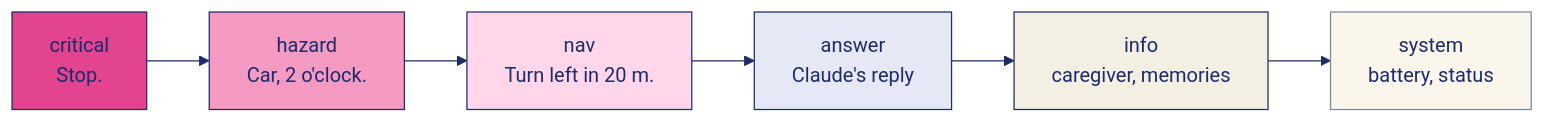
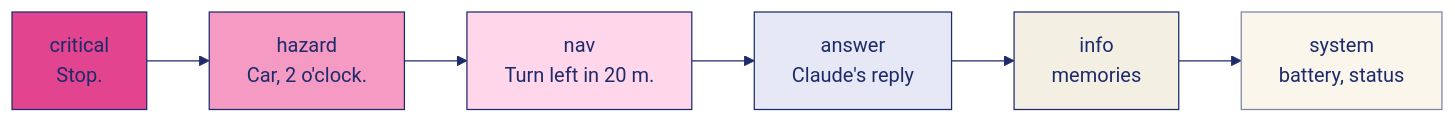
Before and after one commit to KingArthur207/kite: the fourth of 4 diagrams in README.md, drawn with Mermaid. The commit also changed other lines of this file and 18 other files, not shown here.

````diff
--- a/README.md
+++ b/README.md
@@ -221,12 +221,12 @@
 ```mermaid
 %%{init: {'theme':'base','themeVariables':{'primaryColor':'#FAF6EC','primaryTextColor':'#1D2B6B','primaryBorderColor':'#1D2B6B','lineColor':'#1D2B6B','secondaryColor':'#FFD6EA','tertiaryColor':'#F4EFE3','clusterBkg':'#FBF8F1','clusterBorder':'#1D2B6B','edgeLabelBackground':'#FFD6EA','actorBkg':'#FAF6EC','actorBorder':'#1D2B6B','actorTextColor':'#1D2B6B','signalColor':'#1D2B6B','signalTextColor':'#1D2B6B','noteBkgColor':'#FFD6EA','noteBorderColor':'#E2448F','noteTextColor':'#1D2B6B','labelBoxBkgColor':'#FFD6EA','labelBoxBorderColor':'#E2448F','sequenceNumberColor':'#FFFFFF','activationBkgColor':'#FFD6EA'}}}%%
 flowchart LR
   classDef p fill:#FAF6EC,stroke:#1D2B6B,color:#1D2B6B
-  c["critical<br/>Stop."]:::p --> h["hazard<br/>Car, 2 o'clock."]:::p --> n["nav<br/>Turn left in 20 m."]:::p --> a["answer<br/>Claude's reply"]:::p --> i["info<br/>caregiver, memories"]:::p --> s["system<br/>battery, status"]:::p
+  c["critical<br/>Stop."]:::p --> h["hazard<br/>Car, 2 o'clock."]:::p --> n["nav<br/>Turn left in 20 m."]:::p --> a["answer<br/>Claude's reply"]:::p --> i["info<br/>memories"]:::p --> s["system<br/>battery, status"]:::p
   style c fill:#E2448F,stroke:#1D2B6B
   style h fill:#F49AC3,stroke:#1D2B6B
   style n fill:#FFD6EA,stroke:#1D2B6B
   style a fill:#E6E9F5,stroke:#1D2B6B
   style i fill:#F4EFE3,stroke:#1D2B6B
   style s fill:#FAF6EC,stroke:#7D84A6
 ```
````
